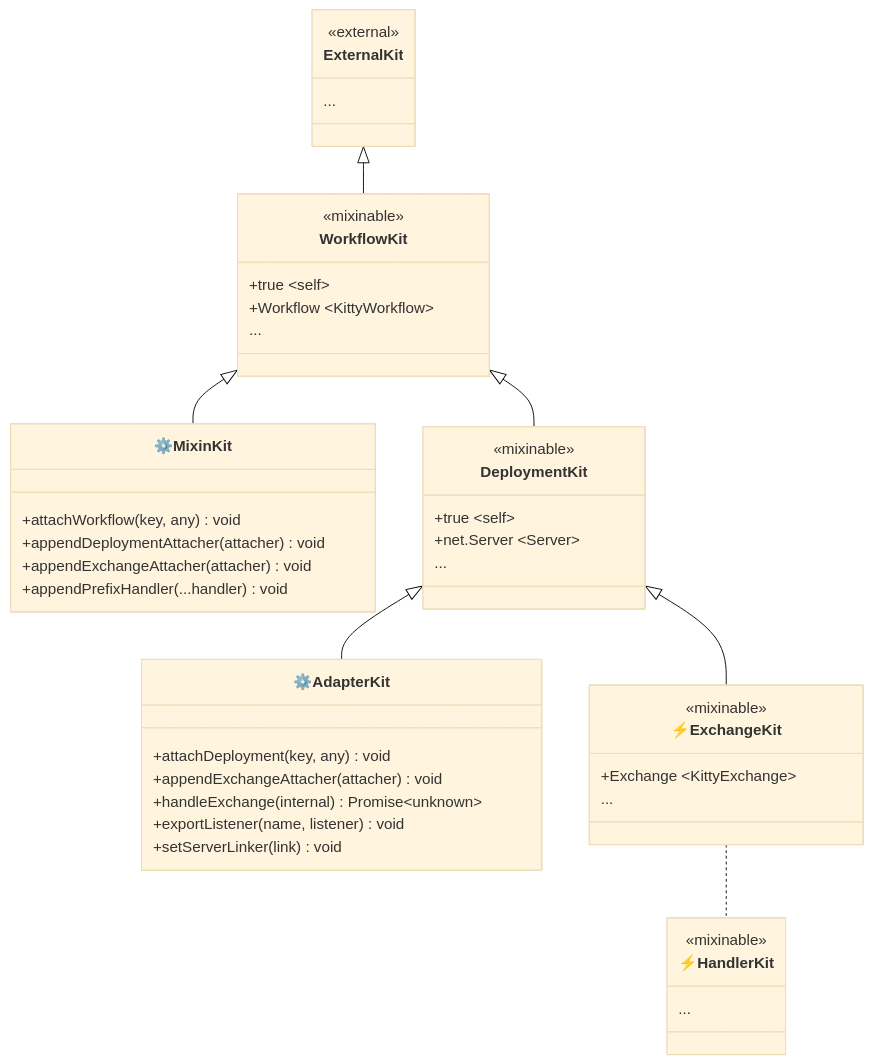
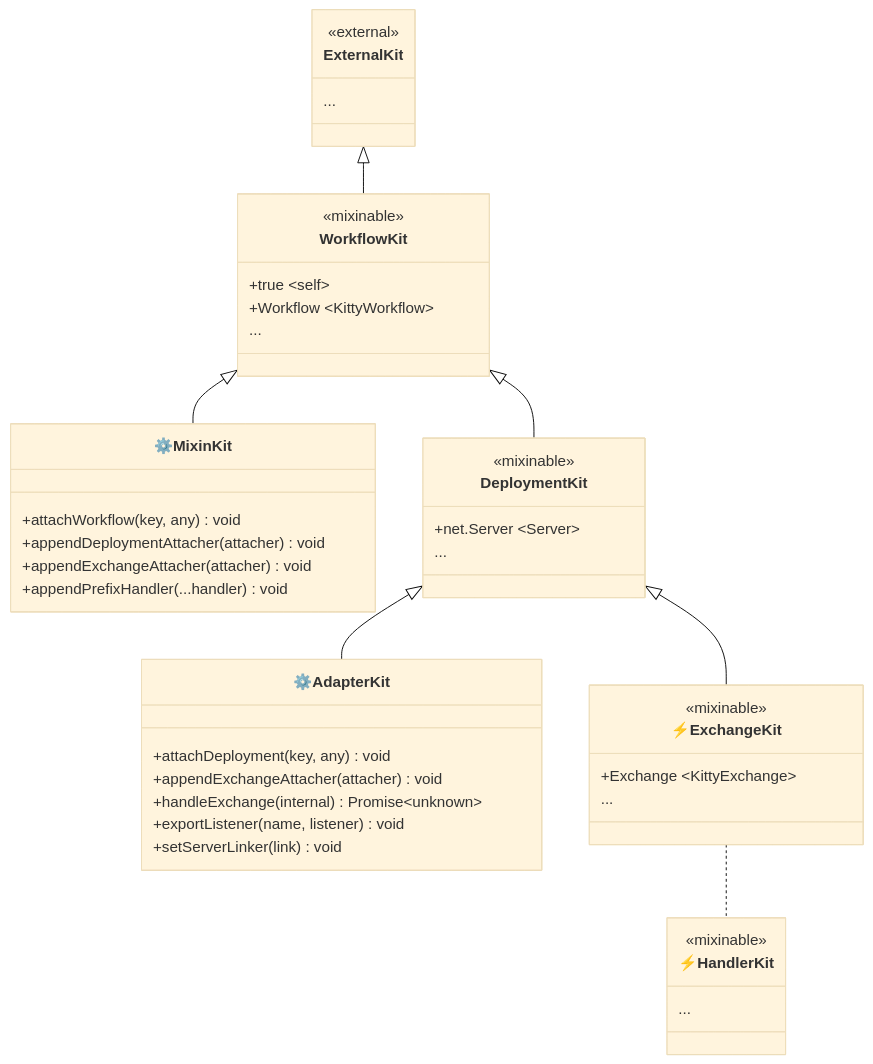
Before and after one commit to produck/kitty: the diagram in packages/workflow/ARCHITECTURE.md, drawn with Mermaid (base theme). The commit also changed 3 other files, not shown here.

````diff
--- a/packages/workflow/ARCHITECTURE.md
+++ b/packages/workflow/ARCHITECTURE.md
@@ -85,49 +85,48 @@
 ```mermaid
 classDiagram
   class ExternalKit {
     <<external>>
     ...
   }
   class WorkflowKit {
     <<mixinable>>
     +true ~self~
     +Workflow ~KittyWorkflow~
     ...
   }
   class MixinKit["⚙️MixinKit"] {
     +attachWorkflow(key, any) void
     +appendDeploymentAttacher(attacher) void
     +appendExchangeAttacher(attacher) void
     +appendPrefixHandler(...handler) void
   }
   class DeploymentKit {
     <<mixinable>>
-    +true ~self~
     +net.Server ~Server~
     ...
   }
   class AdapterKit["⚙️AdapterKit"] {
     +attachDeployment(key, any) void
     +appendExchangeAttacher(attacher) void
     +handleExchange(internal) Promise~unknown~
     +exportListener(name, listener) void
     +setServerLinker(link) void
   }
   class ExchangeKit["⚡ExchangeKit"] {
     <<mixinable>>
     +Exchange ~KittyExchange~
     ...
   }
   class HandlerKit["⚡HandlerKit"] {
     <<mixinable>>
     ...
   }
 
   ExternalKit <|-- WorkflowKit
   WorkflowKit <|-- MixinKit
   WorkflowKit <|-- DeploymentKit
   DeploymentKit <|-- ExchangeKit
   DeploymentKit <|-- AdapterKit
   ExchangeKit .. HandlerKit
 
 ```
````
